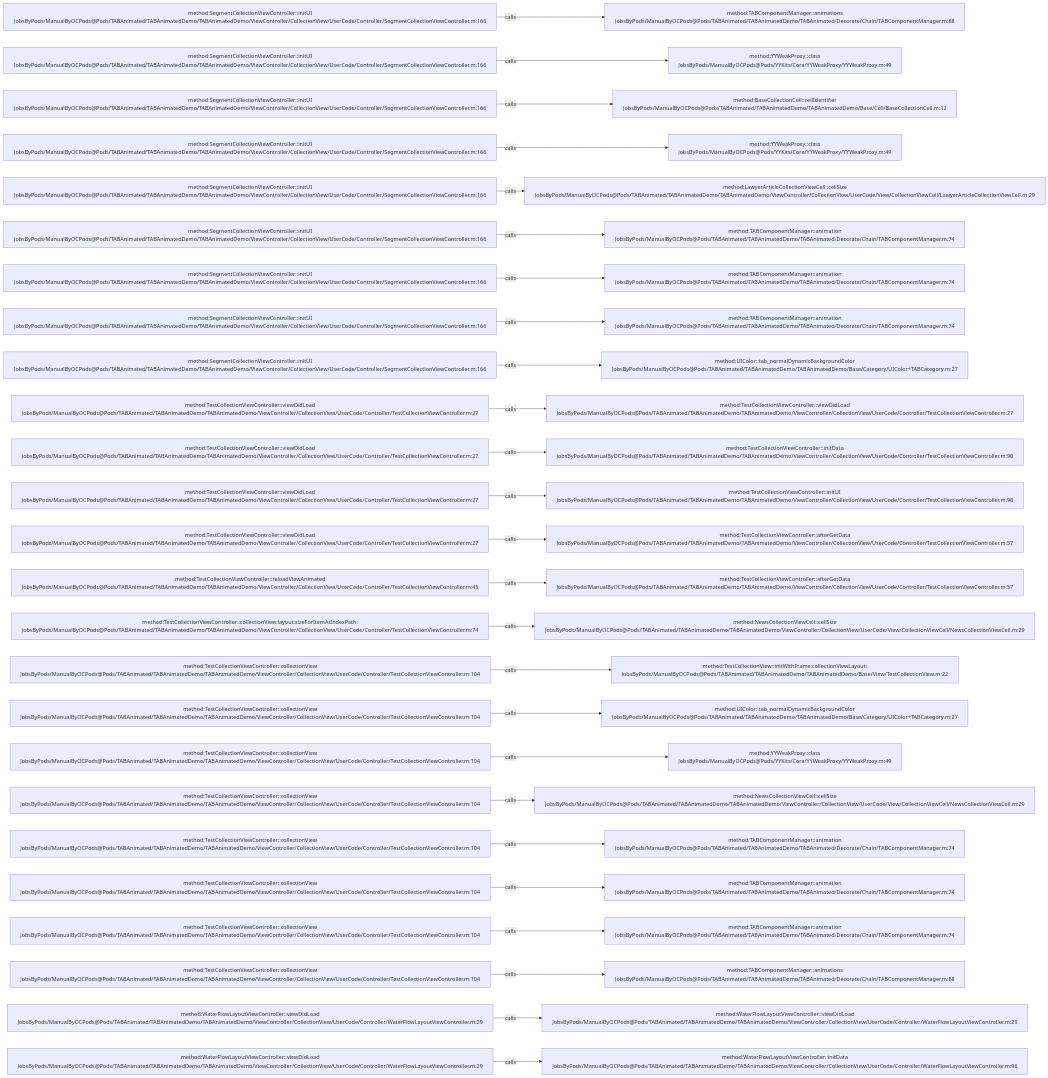
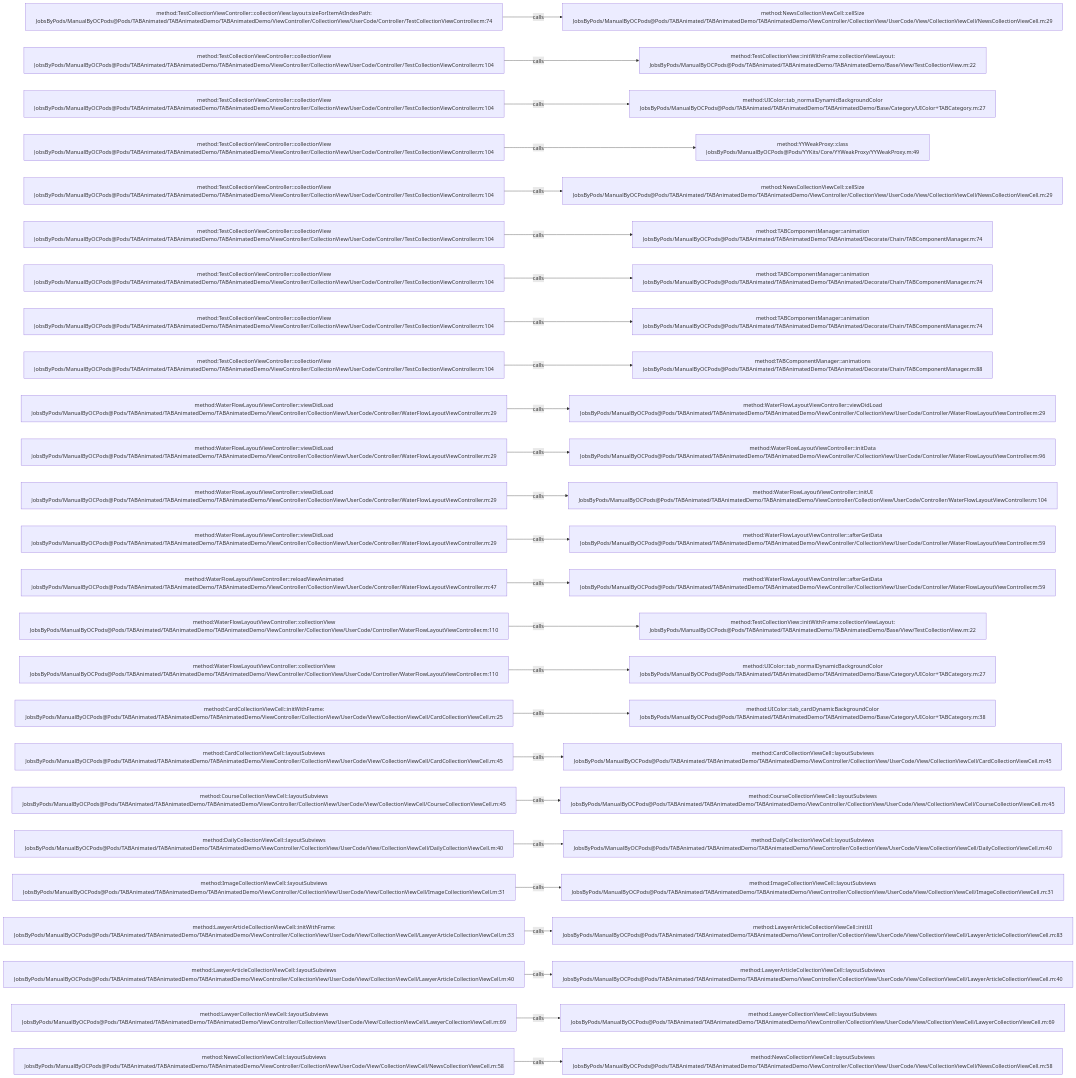
The diagram in .codegraph/codegraph.md/graphs/calls-054.md (JobsKits/JobsOCBaseConfigDemo), drawn with Mermaid before and after one commit. The commit also changed 296 other files, not shown here.

````diff
--- a/.codegraph/codegraph.md/graphs/calls-054.md
+++ b/.codegraph/codegraph.md/graphs/calls-054.md
@@ -13,78 +13,78 @@
 ```mermaid
 flowchart LR
-  S1["method:SegmentCollectionViewController::initUI<br/>JobsByPods/ManualByOCPods@Pods/TABAnimated/TABAnimatedDemo/TABAnimatedDemo/ViewController/CollectionView/UserCode/Controller/SegmentCollectionViewController.m:166"]
-  T1["method:TABComponentManager::animations<br/>JobsByPods/ManualByOCPods@Pods/TABAnimated/TABAnimatedDemo/TABAnimated/Decorate/Chain/TABComponentManager.m:88"]
+  S1["method:TestCollectionViewController::collectionView:layout:sizeForItemAtIndexPath:<br/>JobsByPods/ManualByOCPods@Pods/TABAnimated/TABAnimatedDemo/TABAnimatedDemo/ViewController/CollectionView/UserCode/Controller/TestCollectionViewController.m:74"]
+  T1["method:NewsCollectionViewCell::cellSize<br/>JobsByPods/ManualByOCPods@Pods/TABAnimated/TABAnimatedDemo/TABAnimatedDemo/ViewController/CollectionView/UserCode/View/CollectionViewCell/NewsCollectionViewCell.m:29"]
   S1 -->|calls| T1
-  S2["method:SegmentCollectionViewController::initUI<br/>JobsByPods/ManualByOCPods@Pods/TABAnimated/TABAnimatedDemo/TABAnimatedDemo/ViewController/CollectionView/UserCode/Controller/SegmentCollectionViewController.m:166"]
-  T2["method:YYWeakProxy::class<br/>JobsByPods/ManualByOCPods@Pods/YYKits/Core/YYWeakProxy/YYWeakProxy.m:49"]
+  S2["method:TestCollectionViewController::collectionView<br/>JobsByPods/ManualByOCPods@Pods/TABAnimated/TABAnimatedDemo/TABAnimatedDemo/ViewController/CollectionView/UserCode/Controller/TestCollectionViewController.m:104"]
+  T2["method:TestCollectionView::initWithFrame:collectionViewLayout:<br/>JobsByPods/ManualByOCPods@Pods/TABAnimated/TABAnimatedDemo/TABAnimatedDemo/Base/View/TestCollectionView.m:22"]
   S2 -->|calls| T2
-  S3["method:SegmentCollectionViewController::initUI<br/>JobsByPods/ManualByOCPods@Pods/TABAnimated/TABAnimatedDemo/TABAnimatedDemo/ViewController/CollectionView/UserCode/Controller/SegmentCollectionViewController.m:166"]
-  T3["method:BaseCollectionCell::cellIdentifier<br/>JobsByPods/ManualByOCPods@Pods/TABAnimated/TABAnimatedDemo/TABAnimatedDemo/Base/Cell/BaseCollectionCell.m:12"]
+  S3["method:TestCollectionViewController::collectionView<br/>JobsByPods/ManualByOCPods@Pods/TABAnimated/TABAnimatedDemo/TABAnimatedDemo/ViewController/CollectionView/UserCode/Controller/TestCollectionViewController.m:104"]
+  T3["method:UIColor::tab_normalDynamicBackgroundColor<br/>JobsByPods/ManualByOCPods@Pods/TABAnimated/TABAnimatedDemo/TABAnimatedDemo/Base/Category/UIColor+TABCategory.m:27"]
   S3 -->|calls| T3
-  S4["method:SegmentCollectionViewController::initUI<br/>JobsByPods/ManualByOCPods@Pods/TABAnimated/TABAnimatedDemo/TABAnimatedDemo/ViewController/CollectionView/UserCode/Controller/SegmentCollectionViewController.m:166"]
+  S4["method:TestCollectionViewController::collectionView<br/>JobsByPods/ManualByOCPods@Pods/TABAnimated/TABAnimatedDemo/TABAnimatedDemo/ViewController/CollectionView/UserCode/Controller/TestCollectionViewController.m:104"]
   T4["method:YYWeakProxy::class<br/>JobsByPods/ManualByOCPods@Pods/YYKits/Core/YYWeakProxy/YYWeakProxy.m:49"]
   S4 -->|calls| T4
-  S5["method:SegmentCollectionViewController::initUI<br/>JobsByPods/ManualByOCPods@Pods/TABAnimated/TABAnimatedDemo/TABAnimatedDemo/ViewController/CollectionView/UserCode/Controller/SegmentCollectionViewController.m:166"]
-  T5["method:LawyerArticleCollectionViewCell::cellSize<br/>JobsByPods/ManualByOCPods@Pods/TABAnimated/TABAnimatedDemo/TABAnimatedDemo/ViewController/CollectionView/UserCode/View/CollectionViewCell/LawyerArticleCollectionViewCell.m:29"]
+  S5["method:TestCollectionViewController::collectionView<br/>JobsByPods/ManualByOCPods@Pods/TABAnimated/TABAnimatedDemo/TABAnimatedDemo/ViewController/CollectionView/UserCode/Controller/TestCollectionViewController.m:104"]
+  T5["method:NewsCollectionViewCell::cellSize<br/>JobsByPods/ManualByOCPods@Pods/TABAnimated/TABAnimatedDemo/TABAnimatedDemo/ViewController/CollectionView/UserCode/View/CollectionViewCell/NewsCollectionViewCell.m:29"]
   S5 -->|calls| T5
-  S6["method:SegmentCollectionViewController::initUI<br/>JobsByPods/ManualByOCPods@Pods/TABAnimated/TABAnimatedDemo/TABAnimatedDemo/ViewController/CollectionView/UserCode/Controller/SegmentCollectionViewController.m:166"]
+  S6["method:TestCollectionViewController::collectionView<br/>JobsByPods/ManualByOCPods@Pods/TABAnimated/TABAnimatedDemo/TABAnimatedDemo/ViewController/CollectionView/UserCode/Controller/TestCollectionViewController.m:104"]
   T6["method:TABComponentManager::animation<br/>JobsByPods/ManualByOCPods@Pods/TABAnimated/TABAnimatedDemo/TABAnimated/Decorate/Chain/TABComponentManager.m:74"]
   S6 -->|calls| T6
-  S7["method:SegmentCollectionViewController::initUI<br/>JobsByPods/ManualByOCPods@Pods/TABAnimated/TABAnimatedDemo/TABAnimatedDemo/ViewController/CollectionView/UserCode/Controller/SegmentCollectionViewController.m:166"]
+  S7["method:TestCollectionViewController::collectionView<br/>JobsByPods/ManualByOCPods@Pods/TABAnimated/TABAnimatedDemo/TABAnimatedDemo/ViewController/CollectionView/UserCode/Controller/TestCollectionViewController.m:104"]
   T7["method:TABComponentManager::animation<br/>JobsByPods/ManualByOCPods@Pods/TABAnimated/TABAnimatedDemo/TABAnimated/Decorate/Chain/TABComponentManager.m:74"]
   S7 -->|calls| T7
-  S8["method:SegmentCollectionViewController::initUI<br/>JobsByPods/ManualByOCPods@Pods/TABAnimated/TABAnimatedDemo/TABAnimatedDemo/ViewController/CollectionView/UserCode/Controller/SegmentCollectionViewController.m:166"]
+  S8["method:TestCollectionViewController::collectionView<br/>JobsByPods/ManualByOCPods@Pods/TABAnimated/TABAnimatedDemo/TABAnimatedDemo/ViewController/CollectionView/UserCode/Controller/TestCollectionViewController.m:104"]
   T8["method:TABComponentManager::animation<br/>JobsByPods/ManualByOCPods@Pods/TABAnimated/TABAnimatedDemo/TABAnimated/Decorate/Chain/TABComponentManager.m:74"]
   S8 -->|calls| T8
-  S9["method:SegmentCollectionViewController::initUI<br/>JobsByPods/ManualByOCPods@Pods/TABAnimated/TABAnimatedDemo/TABAnimatedDemo/ViewController/CollectionView/UserCode/Controller/SegmentCollectionViewController.m:166"]
-  T9["method:UIColor::tab_normalDynamicBackgroundColor<br/>JobsByPods/ManualByOCPods@Pods/TABAnimated/TABAnimatedDemo/TABAnimatedDemo/Base/Category/UIColor+TABCategory.m:27"]
+  S9["method:TestCollectionViewController::collectionView<br/>JobsByPods/ManualByOCPods@Pods/TABAnimated/TABAnimatedDemo/TABAnimatedDemo/ViewController/CollectionView/UserCode/Controller/TestCollectionViewController.m:104"]
+  T9["method:TABComponentManager::animations<br/>JobsByPods/ManualByOCPods@Pods/TABAnimated/TABAnimatedDemo/TABAnimated/Decorate/Chain/TABComponentManager.m:88"]
   S9 -->|calls| T9
-  S10["method:TestCollectionViewController::viewDidLoad<br/>JobsByPods/ManualByOCPods@Pods/TABAnimated/TABAnimatedDemo/TABAnimatedDemo/ViewController/CollectionView/UserCode/Controller/TestCollectionViewController.m:27"]
-  T10["method:TestCollectionViewController::viewDidLoad<br/>JobsByPods/ManualByOCPods@Pods/TABAnimated/TABAnimatedDemo/TABAnimatedDemo/ViewController/CollectionView/UserCode/Controller/TestCollectionViewController.m:27"]
+  S10["method:WaterFlowLayoutViewController::viewDidLoad<br/>JobsByPods/ManualByOCPods@Pods/TABAnimated/TABAnimatedDemo/TABAnimatedDemo/ViewController/CollectionView/UserCode/Controller/WaterFlowLayoutViewController.m:29"]
+  T10["method:WaterFlowLayoutViewController::viewDidLoad<br/>JobsByPods/ManualByOCPods@Pods/TABAnimated/TABAnimatedDemo/TABAnimatedDemo/ViewController/CollectionView/UserCode/Controller/WaterFlowLayoutViewController.m:29"]
   S10 -->|calls| T10
-  S11["method:TestCollectionViewController::viewDidLoad<br/>JobsByPods/ManualByOCPods@Pods/TABAnimated/TABAnimatedDemo/TABAnimatedDemo/ViewController/CollectionView/UserCode/Controller/TestCollectionViewController.m:27"]
-  T11["method:TestCollectionViewController::initData<br/>JobsByPods/ManualByOCPods@Pods/TABAnimated/TABAnimatedDemo/TABAnimatedDemo/ViewController/CollectionView/UserCode/Controller/TestCollectionViewController.m:90"]
+  S11["method:WaterFlowLayoutViewController::viewDidLoad<br/>JobsByPods/ManualByOCPods@Pods/TABAnimated/TABAnimatedDemo/TABAnimatedDemo/ViewController/CollectionView/UserCode/Controller/WaterFlowLayoutViewController.m:29"]
+  T11["method:WaterFlowLayoutViewController::initData<br/>JobsByPods/ManualByOCPods@Pods/TABAnimated/TABAnimatedDemo/TABAnimatedDemo/ViewController/CollectionView/UserCode/Controller/WaterFlowLayoutViewController.m:96"]
   S11 -->|calls| T11
-  S12["method:TestCollectionViewController::viewDidLoad<br/>JobsByPods/ManualByOCPods@Pods/TABAnimated/TABAnimatedDemo/TABAnimatedDemo/ViewController/CollectionView/UserCode/Controller/TestCollectionViewController.m:27"]
-  T12["method:TestCollectionViewController::initUI<br/>JobsByPods/ManualByOCPods@Pods/TABAnimated/TABAnimatedDemo/TABAnimatedDemo/ViewController/CollectionView/UserCode/Controller/TestCollectionViewController.m:98"]
+  S12["method:WaterFlowLayoutViewController::viewDidLoad<br/>JobsByPods/ManualByOCPods@Pods/TABAnimated/TABAnimatedDemo/TABAnimatedDemo/ViewController/CollectionView/UserCode/Controller/WaterFlowLayoutViewController.m:29"]
+  T12["method:WaterFlowLayoutViewController::initUI<br/>JobsByPods/ManualByOCPods@Pods/TABAnimated/TABAnimatedDemo/TABAnimatedDemo/ViewController/CollectionView/UserCode/Controller/WaterFlowLayoutViewController.m:104"]
   S12 -->|calls| T12
-  S13["method:TestCollectionViewController::viewDidLoad<br/>JobsByPods/ManualByOCPods@Pods/TABAnimated/TABAnimatedDemo/TABAnimatedDemo/ViewController/CollectionView/UserCode/Controller/TestCollectionViewController.m:27"]
-  T13["method:TestCollectionViewController::afterGetData<br/>JobsByPods/ManualByOCPods@Pods/TABAnimated/TABAnimatedDemo/TABAnimatedDemo/ViewController/CollectionView/UserCode/Controller/TestCollectionViewController.m:57"]
+  S13["method:WaterFlowLayoutViewController::viewDidLoad<br/>JobsByPods/ManualByOCPods@Pods/TABAnimated/TABAnimatedDemo/TABAnimatedDemo/ViewController/CollectionView/UserCode/Controller/WaterFlowLayoutViewController.m:29"]
+  T13["method:WaterFlowLayoutViewController::afterGetData<br/>JobsByPods/ManualByOCPods@Pods/TABAnimated/TABAnimatedDemo/TABAnimatedDemo/ViewController/CollectionView/UserCode/Controller/WaterFlowLayoutViewController.m:59"]
   S13 -->|calls| T13
-  S14["method:TestCollectionViewController::reloadViewAnimated<br/>JobsByPods/ManualByOCPods@Pods/TABAnimated/TABAnimatedDemo/TABAnimatedDemo/ViewController/CollectionView/UserCode/Controller/TestCollectionViewController.m:45"]
-  T14["method:TestCollectionViewController::afterGetData<br/>JobsByPods/ManualByOCPods@Pods/TABAnimated/TABAnimatedDemo/TABAnimatedDemo/ViewController/CollectionView/UserCode/Controller/TestCollectionViewController.m:57"]
+  S14["method:WaterFlowLayoutViewController::reloadViewAnimated<br/>JobsByPods/ManualByOCPods@Pods/TABAnimated/TABAnimatedDemo/TABAnimatedDemo/ViewController/CollectionView/UserCode/Controller/WaterFlowLayoutViewController.m:47"]
+  T14["method:WaterFlowLayoutViewController::afterGetData<br/>JobsByPods/ManualByOCPods@Pods/TABAnimated/TABAnimatedDemo/TABAnimatedDemo/ViewController/CollectionView/UserCode/Controller/WaterFlowLayoutViewController.m:59"]
   S14 -->|calls| T14
-  S15["method:TestCollectionViewController::collectionView:layout:sizeForItemAtIndexPath:<br/>JobsByPods/ManualByOCPods@Pods/TABAnimated/TABAnimatedDemo/TABAnimatedDemo/ViewController/CollectionView/UserCode/Controller/TestCollectionViewController.m:74"]
-  T15["method:NewsCollectionViewCell::cellSize<br/>JobsByPods/ManualByOCPods@Pods/TABAnimated/TABAnimatedDemo/TABAnimatedDemo/ViewController/CollectionView/UserCode/View/CollectionViewCell/NewsCollectionViewCell.m:29"]
+  S15["method:WaterFlowLayoutViewController::collectionView<br/>JobsByPods/ManualByOCPods@Pods/TABAnimated/TABAnimatedDemo/TABAnimatedDemo/ViewController/CollectionView/UserCode/Controller/WaterFlowLayoutViewController.m:110"]
+  T15["method:TestCollectionView::initWithFrame:collectionViewLayout:<br/>JobsByPods/ManualByOCPods@Pods/TABAnimated/TABAnimatedDemo/TABAnimatedDemo/Base/View/TestCollectionView.m:22"]
   S15 -->|calls| T15
-  S16["method:TestCollectionViewController::collectionView<br/>JobsByPods/ManualByOCPods@Pods/TABAnimated/TABAnimatedDemo/TABAnimatedDemo/ViewController/CollectionView/UserCode/Controller/TestCollectionViewController.m:104"]
-  T16["method:TestCollectionView::initWithFrame:collectionViewLayout:<br/>JobsByPods/ManualByOCPods@Pods/TABAnimated/TABAnimatedDemo/TABAnimatedDemo/Base/View/TestCollectionView.m:22"]
+  S16["method:WaterFlowLayoutViewController::collectionView<br/>JobsByPods/ManualByOCPods@Pods/TABAnimated/TABAnimatedDemo/TABAnimatedDemo/ViewController/CollectionView/UserCode/Controller/WaterFlowLayoutViewController.m:110"]
+  T16["method:UIColor::tab_normalDynamicBackgroundColor<br/>JobsByPods/ManualByOCPods@Pods/TABAnimated/TABAnimatedDemo/TABAnimatedDemo/Base/Category/UIColor+TABCategory.m:27"]
   S16 -->|calls| T16
-  S17["method:TestCollectionViewController::collectionView<br/>JobsByPods/ManualByOCPods@Pods/TABAnimated/TABAnimatedDemo/TABAnimatedDemo/ViewController/CollectionView/UserCode/Controller/TestCollectionViewController.m:104"]
-  T17["method:UIColor::tab_normalDynamicBackgroundColor<br/>JobsByPods/ManualByOCPods@Pods/TABAnimated/TABAnimatedDemo/TABAnimatedDemo/Base/Category/UIColor+TABCategory.m:27"]
+  S17["method:CardCollectionViewCell::initWithFrame:<br/>JobsByPods/ManualByOCPods@Pods/TABAnimated/TABAnimatedDemo/TABAnimatedDemo/ViewController/CollectionView/UserCode/View/CollectionViewCell/CardCollectionViewCell.m:25"]
+  T17["method:UIColor::tab_cardDynamicBackgroundColor<br/>JobsByPods/ManualByOCPods@Pods/TABAnimated/TABAnimatedDemo/TABAnimatedDemo/Base/Category/UIColor+TABCategory.m:38"]
   S17 -->|calls| T17
-  S18["method:TestCollectionViewController::collectionView<br/>JobsByPods/ManualByOCPods@Pods/TABAnimated/TABAnimatedDemo/TABAnimatedDemo/ViewController/CollectionView/UserCode/Controller/TestCollectionViewController.m:104"]
-  T18["method:YYWeakProxy::class<br/>JobsByPods/ManualByOCPods@Pods/YYKits/Core/YYWeakProxy/YYWeakProxy.m:49"]
+  S18["method:CardCollectionViewCell::layoutSubviews<br/>JobsByPods/ManualByOCPods@Pods/TABAnimated/TABAnimatedDemo/TABAnimatedDemo/ViewController/CollectionView/UserCode/View/CollectionViewCell/CardCollectionViewCell.m:45"]
+  T18["method:CardCollectionViewCell::layoutSubviews<br/>JobsByPods/ManualByOCPods@Pods/TABAnimated/TABAnimatedDemo/TABAnimatedDemo/ViewController/CollectionView/UserCode/View/CollectionViewCell/CardCollectionViewCell.m:45"]
   S18 -->|calls| T18
-  S19["method:TestCollectionViewController::collectionView<br/>JobsByPods/ManualByOCPods@Pods/TABAnimated/TABAnimatedDemo/TABAnimatedDemo/ViewController/CollectionView/UserCode/Controller/TestCollectionViewController.m:104"]
-  T19["method:NewsCollectionViewCell::cellSize<br/>JobsByPods/ManualByOCPods@Pods/TABAnimated/TABAnimatedDemo/TABAnimatedDemo/ViewController/CollectionView/UserCode/View/CollectionViewCell/NewsCollectionViewCell.m:29"]
+  S19["method:CourseCollectionViewCell::layoutSubviews<br/>JobsByPods/ManualByOCPods@Pods/TABAnimated/TABAnimatedDemo/TABAnimatedDemo/ViewController/CollectionView/UserCode/View/CollectionViewCell/CourseCollectionViewCell.m:45"]
+  T19["method:CourseCollectionViewCell::layoutSubviews<br/>JobsByPods/ManualByOCPods@Pods/TABAnimated/TABAnimatedDemo/TABAnimatedDemo/ViewController/CollectionView/UserCode/View/CollectionViewCell/CourseCollectionViewCell.m:45"]
   S19 -->|calls| T19
-  S20["method:TestCollectionViewController::collectionView<br/>JobsByPods/ManualByOCPods@Pods/TABAnimated/TABAnimatedDemo/TABAnimatedDemo/ViewController/CollectionView/UserCode/Controller/TestCollectionViewController.m:104"]
-  T20["method:TABComponentManager::animation<br/>JobsByPods/ManualByOCPods@Pods/TABAnimated/TABAnimatedDemo/TABAnimated/Decorate/Chain/TABComponentManager.m:74"]
+  S20["method:DailyCollectionViewCell::layoutSubviews<br/>JobsByPods/ManualByOCPods@Pods/TABAnimated/TABAnimatedDemo/TABAnimatedDemo/ViewController/CollectionView/UserCode/View/CollectionViewCell/DailyCollectionViewCell.m:40"]
+  T20["method:DailyCollectionViewCell::layoutSubviews<br/>JobsByPods/ManualByOCPods@Pods/TABAnimated/TABAnimatedDemo/TABAnimatedDemo/ViewController/CollectionView/UserCode/View/CollectionViewCell/DailyCollectionViewCell.m:40"]
   S20 -->|calls| T20
-  S21["method:TestCollectionViewController::collectionView<br/>JobsByPods/ManualByOCPods@Pods/TABAnimated/TABAnimatedDemo/TABAnimatedDemo/ViewController/CollectionView/UserCode/Controller/TestCollectionViewController.m:104"]
-  T21["method:TABComponentManager::animation<br/>JobsByPods/ManualByOCPods@Pods/TABAnimated/TABAnimatedDemo/TABAnimated/Decorate/Chain/TABComponentManager.m:74"]
+  S21["method:ImageCollectionViewCell::layoutSubviews<br/>JobsByPods/ManualByOCPods@Pods/TABAnimated/TABAnimatedDemo/TABAnimatedDemo/ViewController/CollectionView/UserCode/View/CollectionViewCell/ImageCollectionViewCell.m:31"]
+  T21["method:ImageCollectionViewCell::layoutSubviews<br/>JobsByPods/ManualByOCPods@Pods/TABAnimated/TABAnimatedDemo/TABAnimatedDemo/ViewController/CollectionView/UserCode/View/CollectionViewCell/ImageCollectionViewCell.m:31"]
   S21 -->|calls| T21
-  S22["method:TestCollectionViewController::collectionView<br/>JobsByPods/ManualByOCPods@Pods/TABAnimated/TABAnimatedDemo/TABAnimatedDemo/ViewController/CollectionView/UserCode/Controller/TestCollectionViewController.m:104"]
-  T22["method:TABComponentManager::animation<br/>JobsByPods/ManualByOCPods@Pods/TABAnimated/TABAnimatedDemo/TABAnimated/Decorate/Chain/TABComponentManager.m:74"]
+  S22["method:LawyerArticleCollectionViewCell::initWithFrame:<br/>JobsByPods/ManualByOCPods@Pods/TABAnimated/TABAnimatedDemo/TABAnimatedDemo/ViewController/CollectionView/UserCode/View/CollectionViewCell/LawyerArticleCollectionViewCell.m:33"]
+  T22["method:LawyerArticleCollectionViewCell::initUI<br/>JobsByPods/ManualByOCPods@Pods/TABAnimated/TABAnimatedDemo/TABAnimatedDemo/ViewController/CollectionView/UserCode/View/CollectionViewCell/LawyerArticleCollectionViewCell.m:83"]
   S22 -->|calls| T22
-  S23["method:TestCollectionViewController::collectionView<br/>JobsByPods/ManualByOCPods@Pods/TABAnimated/TABAnimatedDemo/TABAnimatedDemo/ViewController/CollectionView/UserCode/Controller/TestCollectionViewController.m:104"]
-  T23["method:TABComponentManager::animations<br/>JobsByPods/ManualByOCPods@Pods/TABAnimated/TABAnimatedDemo/TABAnimated/Decorate/Chain/TABComponentManager.m:88"]
+  S23["method:LawyerArticleCollectionViewCell::layoutSubviews<br/>JobsByPods/ManualByOCPods@Pods/TABAnimated/TABAnimatedDemo/TABAnimatedDemo/ViewController/CollectionView/UserCode/View/CollectionViewCell/LawyerArticleCollectionViewCell.m:40"]
+  T23["method:LawyerArticleCollectionViewCell::layoutSubviews<br/>JobsByPods/ManualByOCPods@Pods/TABAnimated/TABAnimatedDemo/TABAnimatedDemo/ViewController/CollectionView/UserCode/View/CollectionViewCell/LawyerArticleCollectionViewCell.m:40"]
   S23 -->|calls| T23
-  S24["method:WaterFlowLayoutViewController::viewDidLoad<br/>JobsByPods/ManualByOCPods@Pods/TABAnimated/TABAnimatedDemo/TABAnimatedDemo/ViewController/CollectionView/UserCode/Controller/WaterFlowLayoutViewController.m:29"]
-  T24["method:WaterFlowLayoutViewController::viewDidLoad<br/>JobsByPods/ManualByOCPods@Pods/TABAnimated/TABAnimatedDemo/TABAnimatedDemo/ViewController/CollectionView/UserCode/Controller/WaterFlowLayoutViewController.m:29"]
+  S24["method:LawyerCollectionViewCell::layoutSubviews<br/>JobsByPods/ManualByOCPods@Pods/TABAnimated/TABAnimatedDemo/TABAnimatedDemo/ViewController/CollectionView/UserCode/View/CollectionViewCell/LawyerCollectionViewCell.m:69"]
+  T24["method:LawyerCollectionViewCell::layoutSubviews<br/>JobsByPods/ManualByOCPods@Pods/TABAnimated/TABAnimatedDemo/TABAnimatedDemo/ViewController/CollectionView/UserCode/View/CollectionViewCell/LawyerCollectionViewCell.m:69"]
   S24 -->|calls| T24
-  S25["method:WaterFlowLayoutViewController::viewDidLoad<br/>JobsByPods/ManualByOCPods@Pods/TABAnimated/TABAnimatedDemo/TABAnimatedDemo/ViewController/CollectionView/UserCode/Controller/WaterFlowLayoutViewController.m:29"]
-  T25["method:WaterFlowLayoutViewController::initData<br/>JobsByPods/ManualByOCPods@Pods/TABAnimated/TABAnimatedDemo/TABAnimatedDemo/ViewController/CollectionView/UserCode/Controller/WaterFlowLayoutViewController.m:96"]
+  S25["method:NewsCollectionViewCell::layoutSubviews<br/>JobsByPods/ManualByOCPods@Pods/TABAnimated/TABAnimatedDemo/TABAnimatedDemo/ViewController/CollectionView/UserCode/View/CollectionViewCell/NewsCollectionViewCell.m:58"]
+  T25["method:NewsCollectionViewCell::layoutSubviews<br/>JobsByPods/ManualByOCPods@Pods/TABAnimated/TABAnimatedDemo/TABAnimatedDemo/ViewController/CollectionView/UserCode/View/CollectionViewCell/NewsCollectionViewCell.m:58"]
   S25 -->|calls| T25
 ```
````
